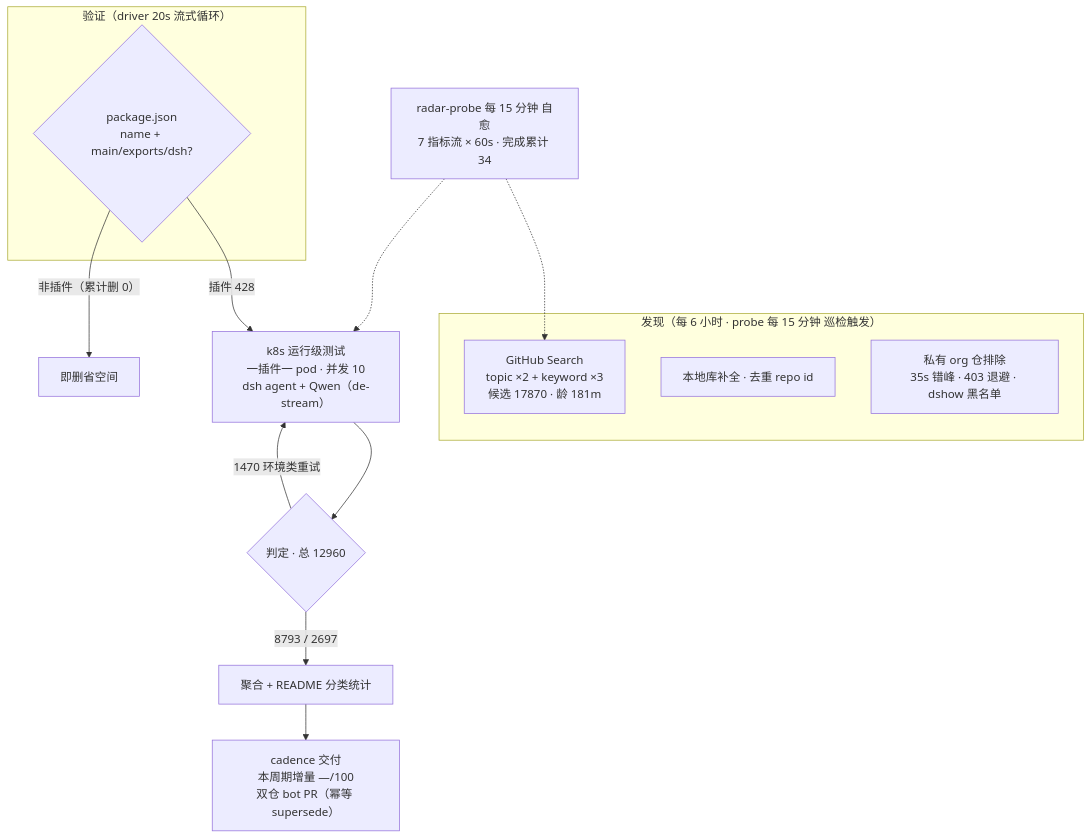
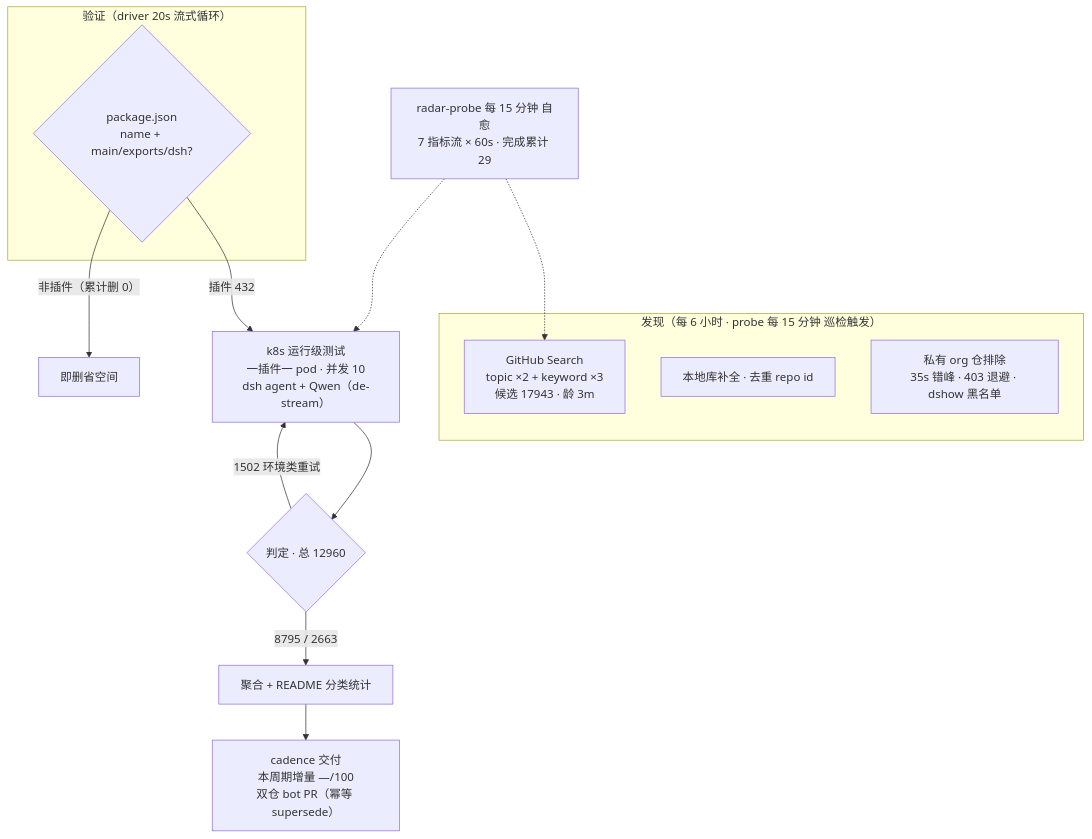
Before and after one commit to AdamPlatin123/awesome-dsh-plugins: the diagram in README.md, drawn with Mermaid. The commit also changed other lines of this file and 5 other files, not shown here.

````diff
--- a/README.md
+++ b/README.md
@@ -52,20 +52,20 @@
 ```mermaid
 flowchart TB
     subgraph Discovery["发现（每 6 小时 · probe 每 15 分钟 巡检触发）"]
-        A1["GitHub Search<br/>topic ×2 + keyword ×3<br/>候选 17870 · 龄 181m"]
+        A1["GitHub Search<br/>topic ×2 + keyword ×3<br/>候选 17943 · 龄 3m"]
         A2["本地库补全 · 去重 repo id"]
         A3["私有 org 仓排除<br/>35s 错峰 · 403 退避 · dshow 黑名单"]
     end
     subgraph Validation["验证（driver 20s 流式循环）"]
         B1{"package.json<br/>name + main/exports/dsh?"}
     end
-    B1 -->|"插件 428"| C1["k8s 运行级测试<br/>一插件一 pod · 并发 10<br/>dsh agent + Qwen（de-stream）"]
+    B1 -->|"插件 432"| C1["k8s 运行级测试<br/>一插件一 pod · 并发 10<br/>dsh agent + Qwen（de-stream）"]
     B1 -->|"非插件（累计删 0）"| B3["即删省空间"]
     C1 --> D1{"判定 · 总 12960"}
-    D1 -->|"8793 / 2697"| E1["聚合 + README 分类统计"]
-    D1 -->|"1470 环境类重试"| C1
+    D1 -->|"8795 / 2663"| E1["聚合 + README 分类统计"]
+    D1 -->|"1502 环境类重试"| C1
     E1 --> E2["cadence 交付<br/>本周期增量 —/100<br/>双仓 bot PR（幂等 supersede）"]
-    M["radar-probe 每 15 分钟 自愈<br/>7 指标流 × 60s · 完成累计 34"]
+    M["radar-probe 每 15 分钟 自愈<br/>7 指标流 × 60s · 完成累计 29"]
     M -.-> A1
     M -.-> C1
 ```
````
